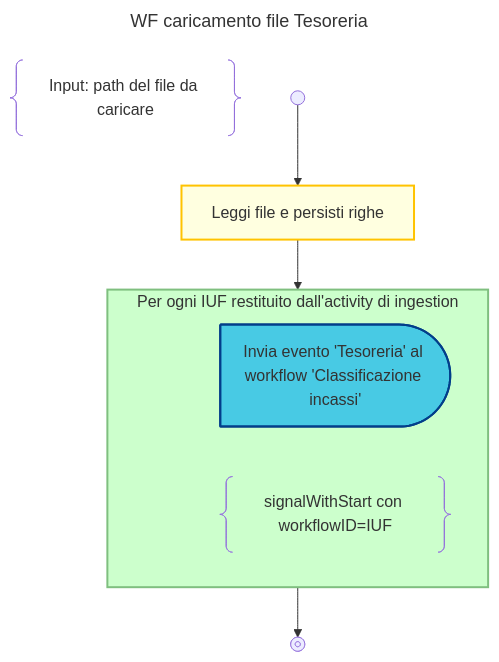
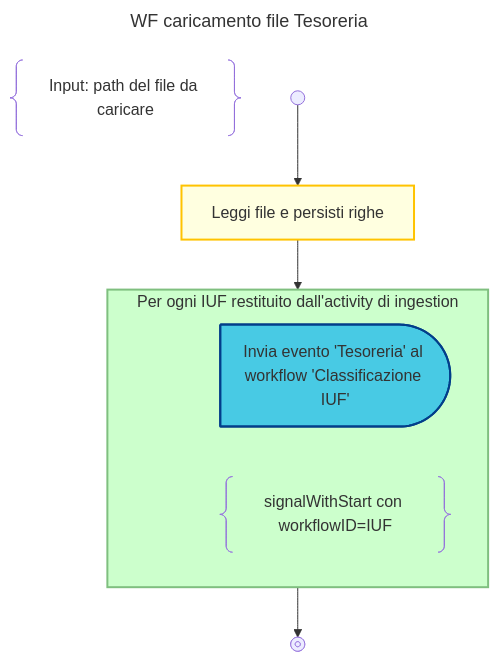
One commit to pagopa/p4pa-doc changed the diagram in design/workflow/classificazioneIncassi/tesoreria-ingestion.mmd. Above: the diagram before and after it, drawn with Mermaid. The commit also changed 11 other files, not shown here.

Commit message:
P4ADEV-1358 review 'wf classificazione incassi'

```diff
--- a/design/workflow/classificazioneIncassi/tesoreria-ingestion.mmd
+++ b/design/workflow/classificazioneIncassi/tesoreria-ingestion.mmd
@@ -1,26 +1,26 @@
 ---
 title: WF caricamento file Tesoreria
 ---
 flowchart TD
     DESCRIPTION@{ shape: braces, label: "Input: path del file da caricare" }
     START@{shape: start} --> INGESTION:::activity@{label: "Leggi file e persisti righe"}
 
     INGESTION --> LOOP
 
     subgraph LOOP["Per ogni IUF restituito dall'activity di ingestion"]
 
         %% dummy block added to have an empty line
         DUMMY:::disable-->SIGNAL
         linkStyle 2 display:none;
 
-        SIGNAL:::send-signal@{shape: delay, label: "Invia evento 'Tesoreria' al workflow 'Classificazione incassi'"}
+        SIGNAL:::send-signal@{shape: delay, label: "Invia evento 'Tesoreria' al workflow 'Classificazione IUF'"}
         NOTE@{ shape: braces, label: "signalWithStart con workflowID=IUF" }
     end
 
     LOOP --> END@{shape: stop}
     class LOOP loop
 
     classDef disable display:none;
     classDef activity fill:#FFFFE0, stroke:#ffc300, stroke-width:2px;
     classDef loop fill:#CCFFCC, stroke:#7FBF7F, stroke-width:2px, padding-bottom: 5px;
     classDef send-signal fill:#48cae4, stroke:#023e8a, stroke-width:2px
```
